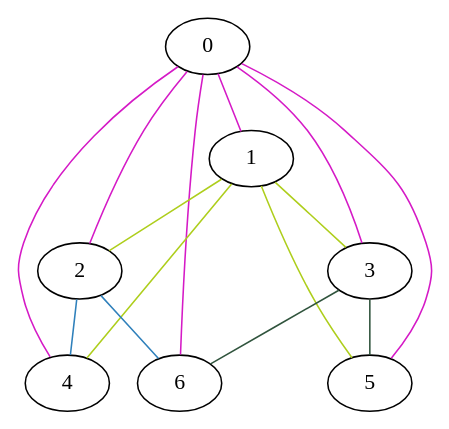
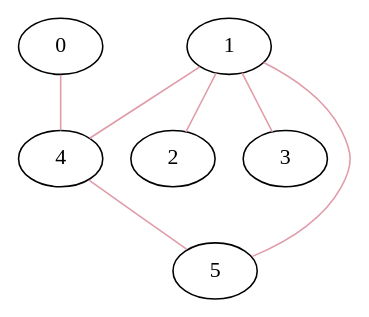
One commit to homoglobina/ChinesePostmen changed the diagram in graph.dot. Above: the diagram before and after it, drawn with Graphviz. The commit also changed 10 other files, not shown here.

```diff
--- a/graph.dot
+++ b/graph.dot
@@ -1,16 +1,8 @@
 graph G {
-  0 -- 1 [color="#d51ac6"];
-  0 -- 2 [color="#d51ac6"];
-  0 -- 3 [color="#d51ac6"];
-  0 -- 4 [color="#d51ac6"];
-  0 -- 5 [color="#d51ac6"];
-  0 -- 6 [color="#d51ac6"];
-  1 -- 2 [color="#aece1c"];
-  1 -- 3 [color="#aece1c"];
-  1 -- 4 [color="#aece1c"];
-  1 -- 5 [color="#aece1c"];
-  2 -- 4 [color="#2f80bb"];
-  2 -- 6 [color="#2f80bb"];
-  3 -- 5 [color="#30543d"];
-  3 -- 6 [color="#30543d"];
+  0 -- 4 [color="#e09ba9"];
+  1 -- 2 [color="#e09ba9"];
+  1 -- 3 [color="#e09ba9"];
+  1 -- 4 [color="#e09ba9"];
+  1 -- 5 [color="#e09ba9"];
+  4 -- 5 [color="#e09ba9"];
 }
```
